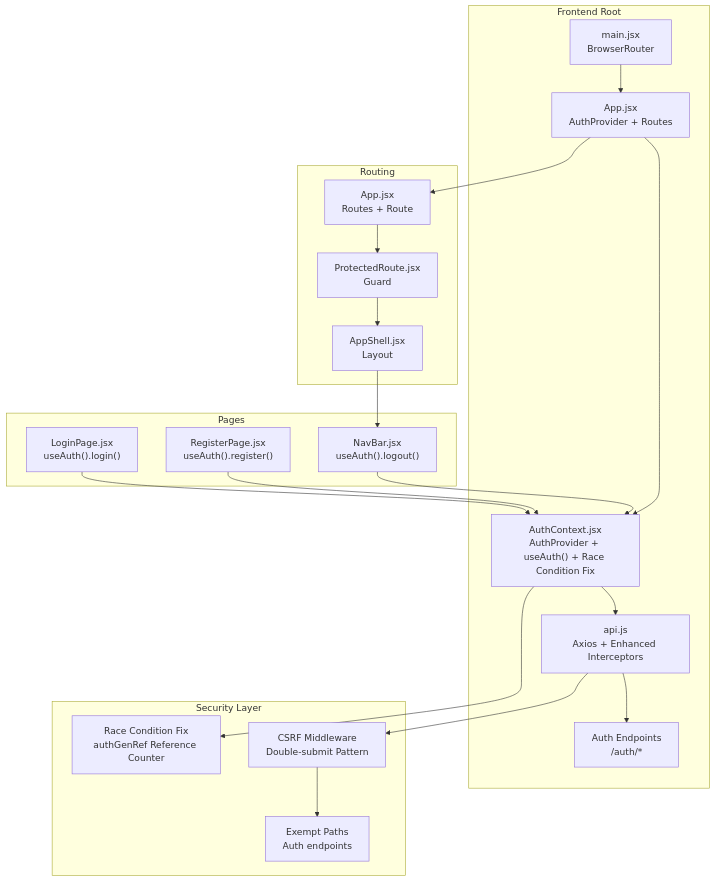
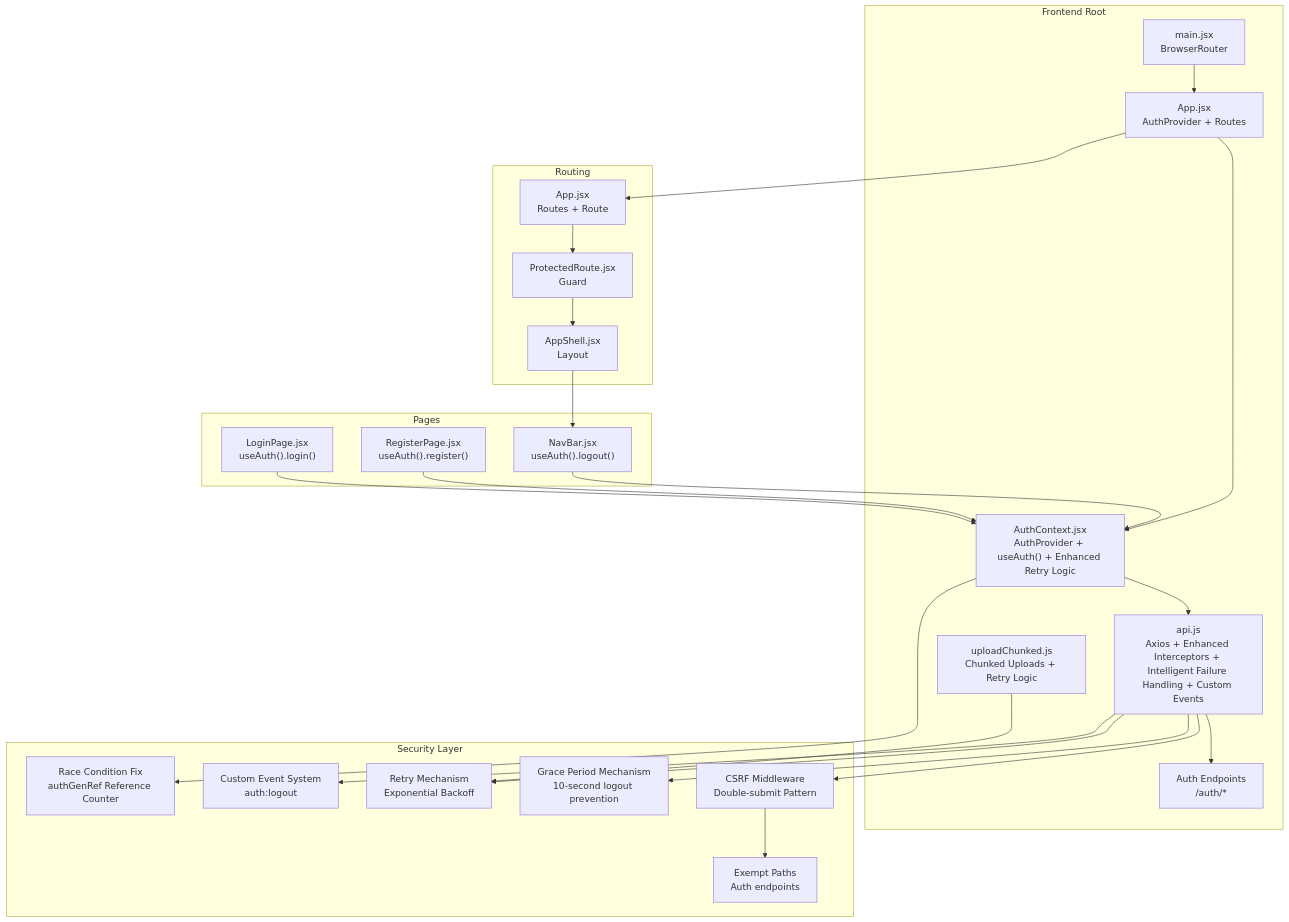
One commit to Revanththetalogics/aireume changed the first of 13 diagrams in .qoder/repowiki/en/content/Authentication & Authorization/Frontend Authentication Context.md. Above: the diagram before and after it, drawn with Mermaid. The commit also changed other lines of this file and 15 other files, not shown here.

````diff
--- a/.qoder/repowiki/en/content/Authentication & Authorization/Frontend Authentication Context.md
+++ b/.qoder/repowiki/en/content/Authentication & Authorization/Frontend Authentication Context.md
@@ -47,39 +46,47 @@
 ```mermaid
 graph TB
 subgraph "Frontend Root"
 MAIN["main.jsx<br/>BrowserRouter"]
 APP["App.jsx<br/>AuthProvider + Routes"]
-AUTH["AuthContext.jsx<br/>AuthProvider + useAuth() + Race Condition Fix"]
-API["api.js<br/>Axios + Enhanced Interceptors"]
+AUTH["AuthContext.jsx<br/>AuthProvider + useAuth() + Enhanced Retry Logic"]
+API["api.js<br/>Axios + Enhanced Interceptors + Intelligent Failure Handling + Custom Events"]
+UPLOAD["uploadChunked.js<br/>Chunked Uploads + Retry Logic"]
 ENDPOINTS["Auth Endpoints<br/>/auth/*"]
 end
 subgraph "Routing"
 ROUTES["App.jsx<br/>Routes + Route"]
 PROTECT["ProtectedRoute.jsx<br/>Guard"]
 SHELL["AppShell.jsx<br/>Layout"]
 end
 subgraph "Pages"
 LOGIN["LoginPage.jsx<br/>useAuth().login()"]
 REGISTER["RegisterPage.jsx<br/>useAuth().register()"]
 NAV["NavBar.jsx<br/>useAuth().logout()"]
 end
 subgraph "Security Layer"
 CSRF["CSRF Middleware<br/>Double-submit Pattern"]
 EXEMPT["Exempt Paths<br/>Auth endpoints"]
 RACE["Race Condition Fix<br/>authGenRef Reference Counter"]
+GRACE["Grace Period Mechanism<br/>10-second logout prevention"]
+RETRY["Retry Mechanism<br/>Exponential Backoff"]
+CUSTOM["Custom Event System<br/>auth:logout"]
 end
 MAIN --> APP
 APP --> AUTH
 APP --> ROUTES
 ROUTES --> PROTECT
 PROTECT --> SHELL
 SHELL --> NAV
 LOGIN --> AUTH
 REGISTER --> AUTH
 NAV --> AUTH
 AUTH --> API
 API --> ENDPOINTS
 API --> CSRF
+API --> GRACE
+API --> RETRY
+API --> CUSTOM
+UPLOAD --> RETRY
 CSRF --> EXEMPT
 AUTH --> RACE
 ```
````
